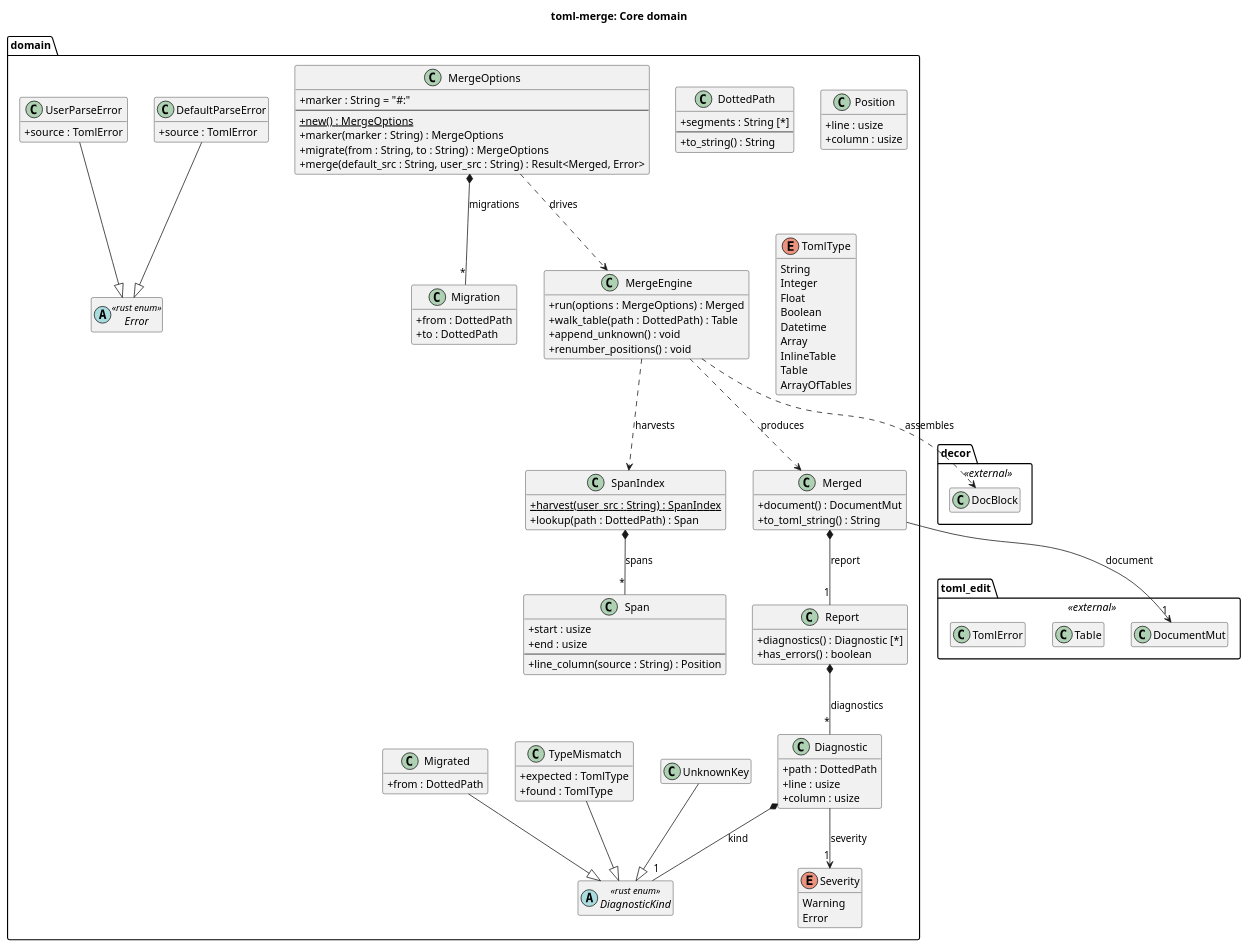
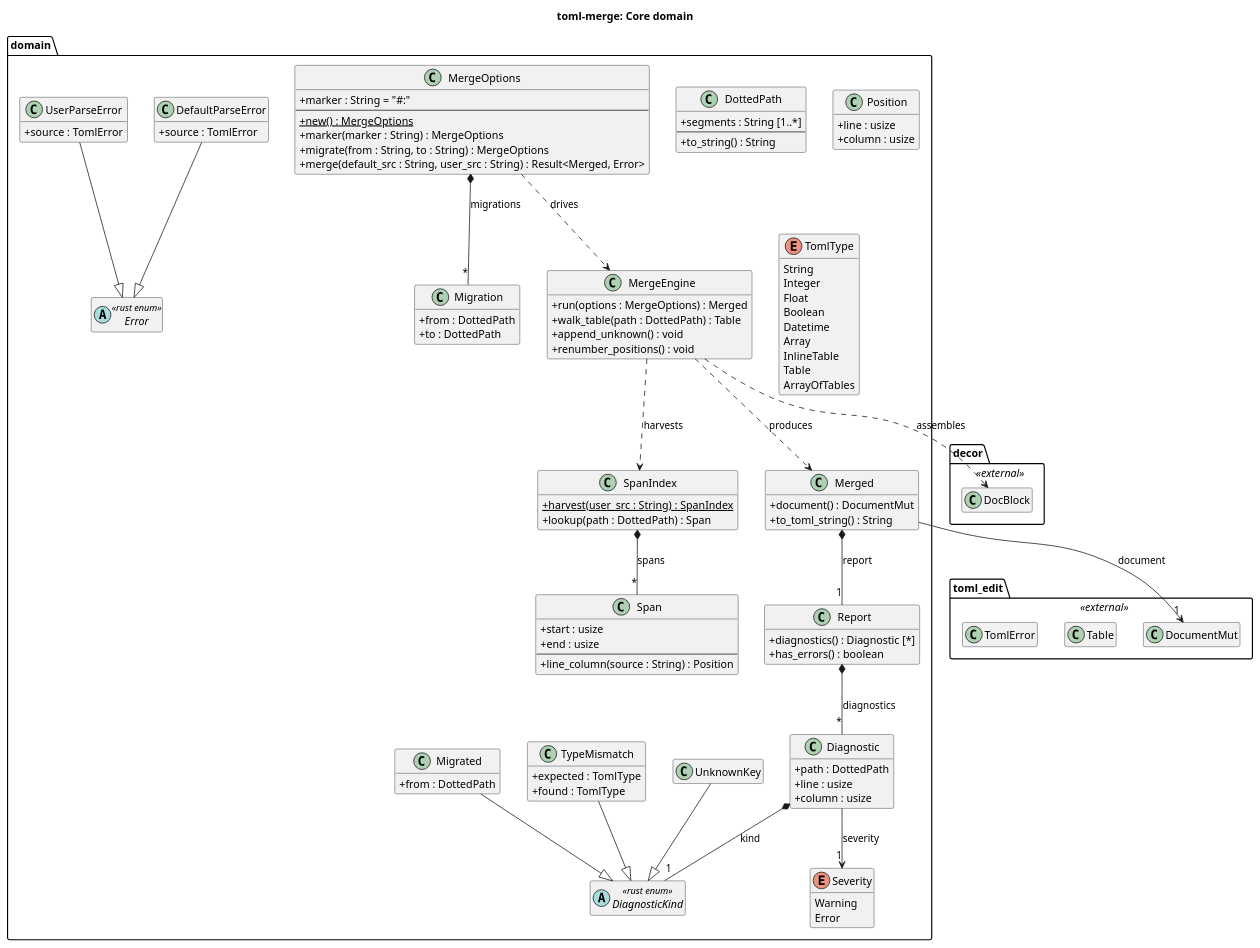
The diagram in doc/model/domain.puml (exlee/documented-toml), drawn with PlantUML before and after one commit. The commit also changed 7 other files, not shown here.

```diff
--- a/doc/model/domain.puml
+++ b/doc/model/domain.puml
@@ -1,129 +1,129 @@
 @startuml toml-merge-domain
 ' GENERATED by tools/model_gen.rb from doc/model/model.yml. Do not edit.
 skinparam classAttributeIconSize 0
 hide empty members
 title toml-merge: Core domain
 
 package domain {
   ' Builder holding the marker and the rename rules.
   class MergeOptions {
     + marker : String = "#:"
     --
     + {static} new() : MergeOptions
     + marker(marker : String) : MergeOptions
     + migrate(from : String, to : String) : MergeOptions
     + merge(default_src : String, user_src : String) : Result<Merged, Error>
   }
   ' One rename rule, applied before the merge walk.
   class Migration {
     + from : DottedPath
     + to : DottedPath
   }
   ' A key path such as server.timeout.
   class DottedPath {
-    + segments : String [*]
+    + segments : String [1..*]
     --
     + to_string() : String
   }
   ' Walks the default document as the spine and transplants user values.
   class MergeEngine {
     + run(options : MergeOptions) : Merged
     + walk_table(path : DottedPath) : Table
     + append_unknown() : void
     + renumber_positions() : void
   }
   ' Byte spans harvested from the user document before it is converted to DocumentMut, which discards them.
   class SpanIndex {
     + {static} harvest(user_src : String) : SpanIndex
     + lookup(path : DottedPath) : Span
   }
   class Span {
     + start : usize
     + end : usize
     --
     + line_column(source : String) : Position
   }
   class Position {
     + line : usize
     + column : usize
   }
   ' The merged document and its report. Also the effective configuration, because every default key is materialised with a live value.
   class Merged {
     + document() : DocumentMut
     + to_toml_string() : String
   }
   class Report {
     + diagnostics() : Diagnostic [*]
     + has_errors() : boolean
   }
   class Diagnostic {
     + path : DottedPath
     + line : usize
     + column : usize
   }
   abstract class DiagnosticKind <<rust enum>> {
   }
   ' The defaults do not declare this key. Warning.
   class UnknownKey {
   }
   ' The user's value has a different TOML type from the default's. Error.
   class TypeMismatch {
     + expected : TomlType
     + found : TomlType
   }
   ' A rename rule moved this value. Warning.
   class Migrated {
     + from : DottedPath
   }
   abstract class Error <<rust enum>> {
   }
   class DefaultParseError {
     + source : TomlError
   }
   class UserParseError {
     + source : TomlError
   }
   enum Severity {
     Warning
     Error
   }
   enum TomlType {
     String
     Integer
     Float
     Boolean
     Datetime
     Array
     InlineTable
     Table
     ArrayOfTables
   }
 }
 
 package toml_edit <<external>> {
   class DocumentMut
   class Table
   class TomlError
 }
 
 package decor <<external>> {
   class DocBlock
 }
 
 MergeOptions *-- "*" Migration : migrations
 Merged *-- "1" Report : report
 Report *-- "*" Diagnostic : diagnostics
 Diagnostic *-- "1" DiagnosticKind : kind
 Diagnostic --> "1" Severity : severity
 SpanIndex *-- "*" Span : spans
 Merged --> "1" DocumentMut : document
 UnknownKey --|> DiagnosticKind
 TypeMismatch --|> DiagnosticKind
 Migrated --|> DiagnosticKind
 DefaultParseError --|> Error
 UserParseError --|> Error
 MergeEngine ..> SpanIndex : harvests
 MergeEngine ..> Merged : produces
 MergeEngine ..> DocBlock : assembles
 MergeOptions ..> MergeEngine : drives
 @enduml
```
